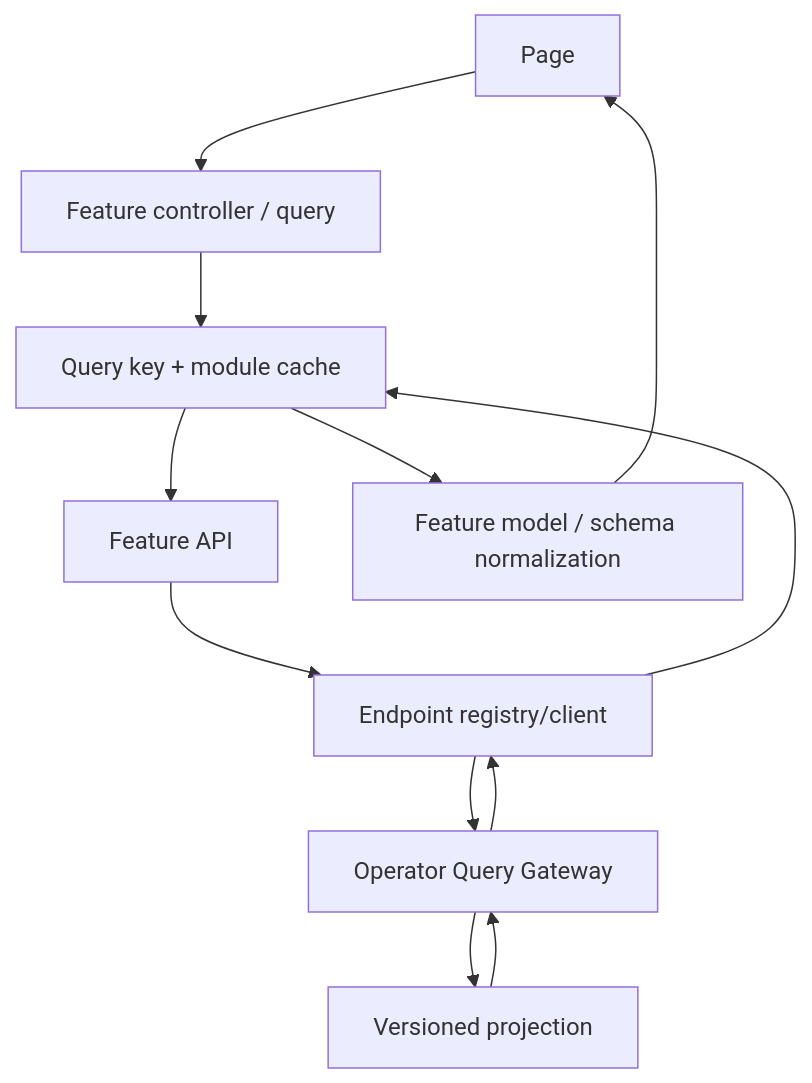
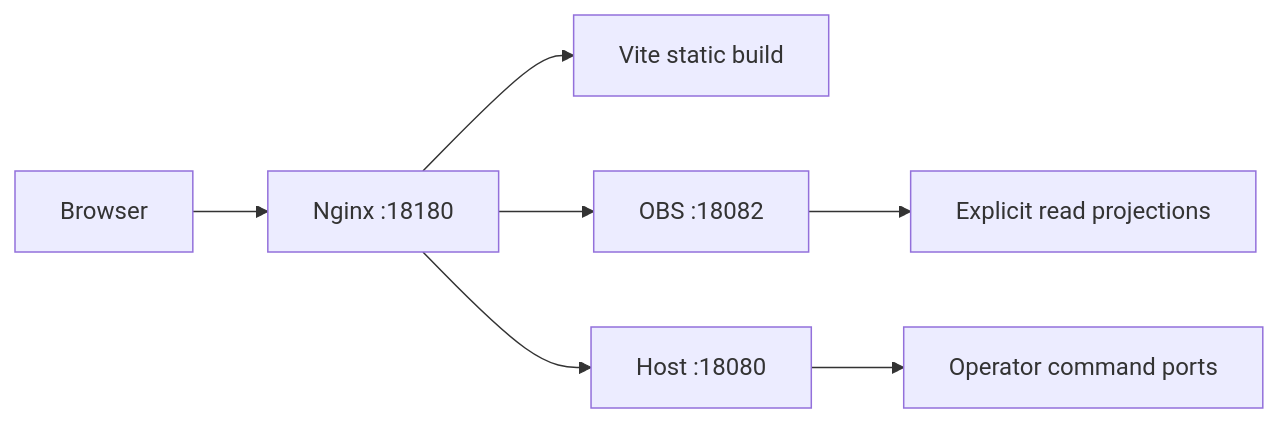
The diagram in docs/50_project/arch/MONITOR_UI_ARCHITECTURE.md (SakuraYoruno/Natsume_Ai), drawn with Mermaid before and after one commit. The commit also changed other lines of this file and 87 other files, not shown here.

````diff
--- a/docs/50_project/arch/MONITOR_UI_ARCHITECTURE.md
+++ b/docs/50_project/arch/MONITOR_UI_ARCHITECTURE.md
@@ -330,14 +10,9 @@
 ```mermaid
-flowchart TD
-    Page["Page"] --> Controller["Feature controller / query"]
-    Controller --> Cache["Query key + module cache"]
-    Cache --> Api["Feature API"]
-    Api --> Registry["Endpoint registry/client"]
-    Registry --> QueryGateway["Operator Query Gateway"]
-    QueryGateway --> Projection["Versioned projection"]
-    Projection --> QueryGateway
-    QueryGateway --> Registry
-    Registry --> Cache
-    Cache --> Model["Feature model / schema normalization"]
-    Model --> Page
+flowchart LR
+    B["Browser"] --> N["Nginx :18180"]
+    N --> UI["Vite static build"]
+    N --> OBS["OBS :18082"]
+    N --> HOST["Host :18080"]
+    OBS --> PROJ["Explicit read projections"]
+    HOST --> CMD["Operator command ports"]
 ```
````
